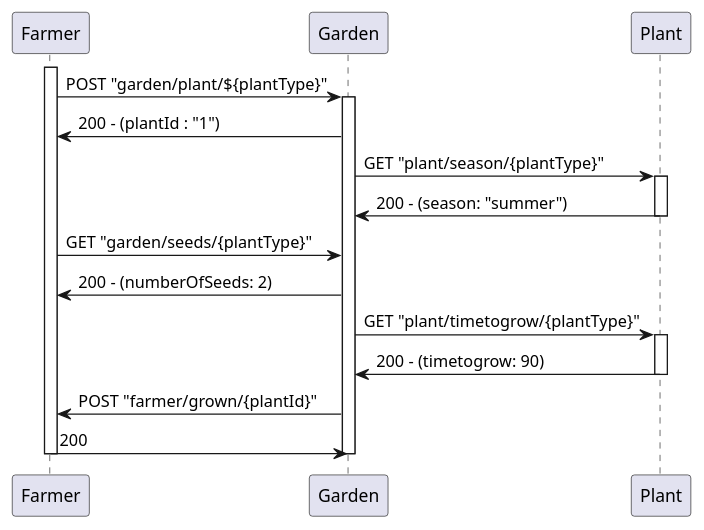
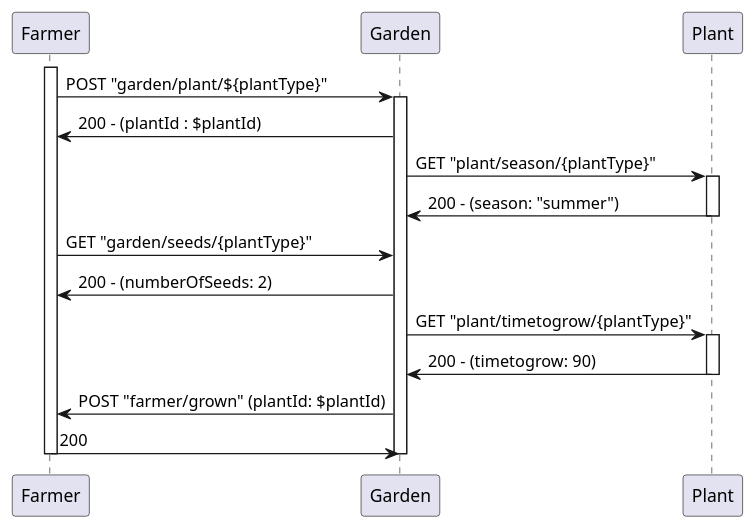
Before and after one commit to elite-se/plantestic-team-4: the diagram in doc/details/garden-scenario-1.puml, drawn with PlantUML. The commit also changed 2 other files, not shown here.

Commit message:
Update puml diagrams

```diff
--- a/doc/details/garden-scenario-1.puml
+++ b/doc/details/garden-scenario-1.puml
@@ -1,32 +1,32 @@
 @startuml
 
 participant "Farmer" as FA
 participant "Garden" as GA
 participant "Plant" as PL
 
 activate FA
 
 FA -> GA : POST "garden/plant/${plantType}"
 activate GA
-GA -> FA : 200 - (plantId : "1")
+GA -> FA : 200 - (plantId : $plantId)
 
 GA -> PL : GET "plant/season/{plantType}"
 activate PL
 PL -> GA : 200 - (season: "summer")
 deactivate PL
 
 FA -> GA: GET "garden/seeds/{plantType}"
 GA -> FA: 200 - (numberOfSeeds: 2)
 
 GA -> PL: GET "plant/timetogrow/{plantType}"
 activate PL
 PL -> GA: 200 - (timetogrow: 90)
 deactivate PL
 
-GA -> FA: POST "farmer/grown/{plantId}"
+GA -> FA: POST "farmer/grown" (plantId: $plantId)
 FA -> GA: 200
 
 deactivate GA
 deactivate FA
 
 @enduml
```
